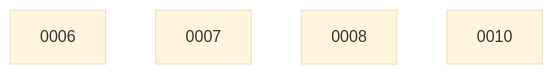
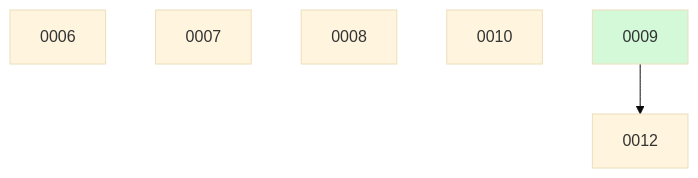
The diagram in docs/changes/BOARD.md (ethanhinson/codeindex), drawn with Mermaid (base theme) before and after one commit. The commit also changed other lines of this file, not shown here.

````diff
--- a/docs/changes/BOARD.md
+++ b/docs/changes/BOARD.md
@@ -14,7 +15,10 @@
 ```mermaid
 graph TD
   0006
   0007
   0008
   0010
+  0009 --> 0012
+  0009:::done
+  classDef done fill:#d3f9d8;
 ```
````
